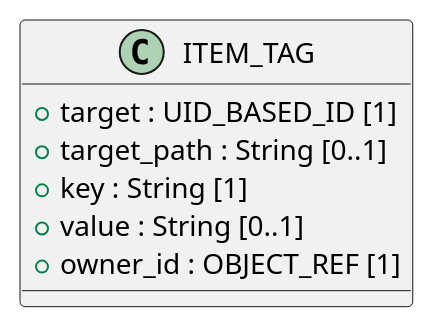
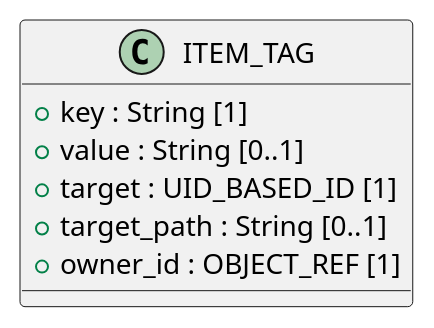
One commit to sebastian-iancu/code-generator changed the diagram in code/Adoc/openehr_rm_1.2.0/plantUML/packages/org.openehr.rm.common.tags.adoc. Above: the diagram before and after it, drawn with PlantUML. The commit also changed other lines of this file and 719 other files, not shown here.

```diff
--- a/code/Adoc/openehr_rm_1.2.0/plantUML/packages/org.openehr.rm.common.tags.adoc
+++ b/code/Adoc/openehr_rm_1.2.0/plantUML/packages/org.openehr.rm.common.tags.adoc
@@ -1,15 +1,15 @@
 [plantuml,tags,format=svg,svg-type="inline"]
 -----
 @startuml
 
 class ITEM_TAG {
+  + key : String [1]
+  + value : String [0..1]
   + target : UID_BASED_ID [1]
   + target_path : String [0..1]
-  + key : String [1]
-  + value : String [0..1]
   + owner_id : OBJECT_REF [1]
 }
 
 
 @enduml
 -----
```
